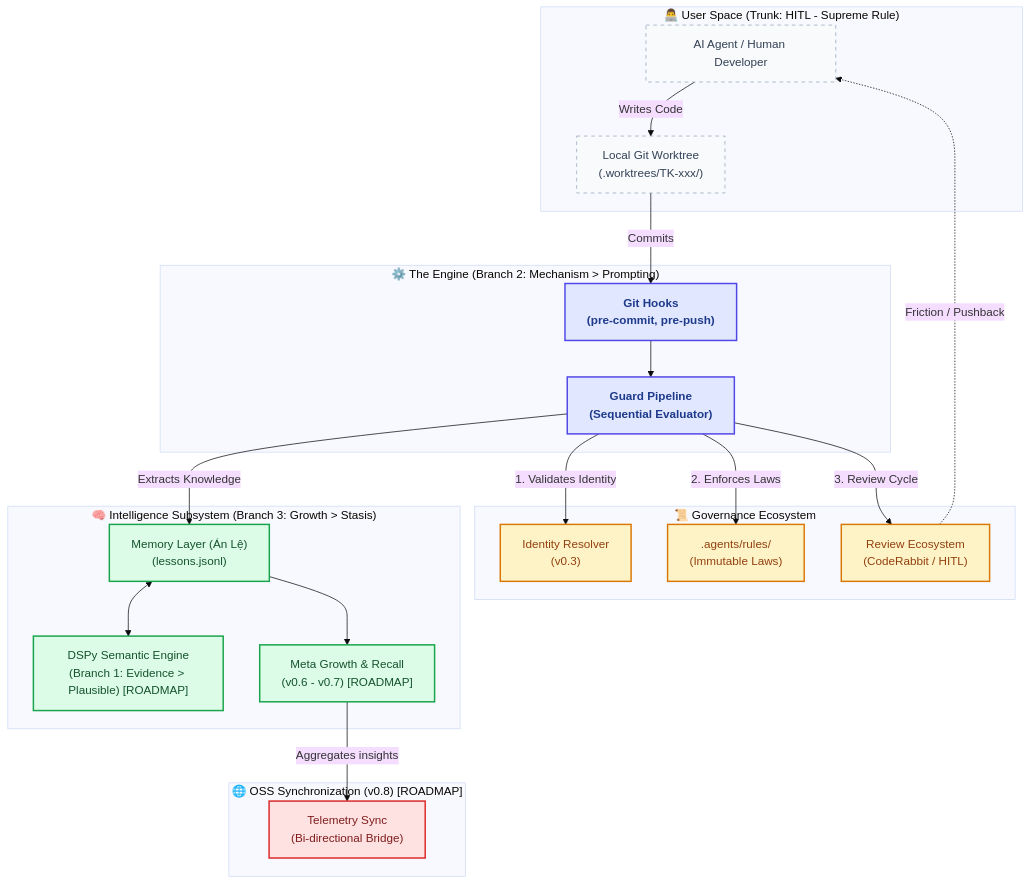
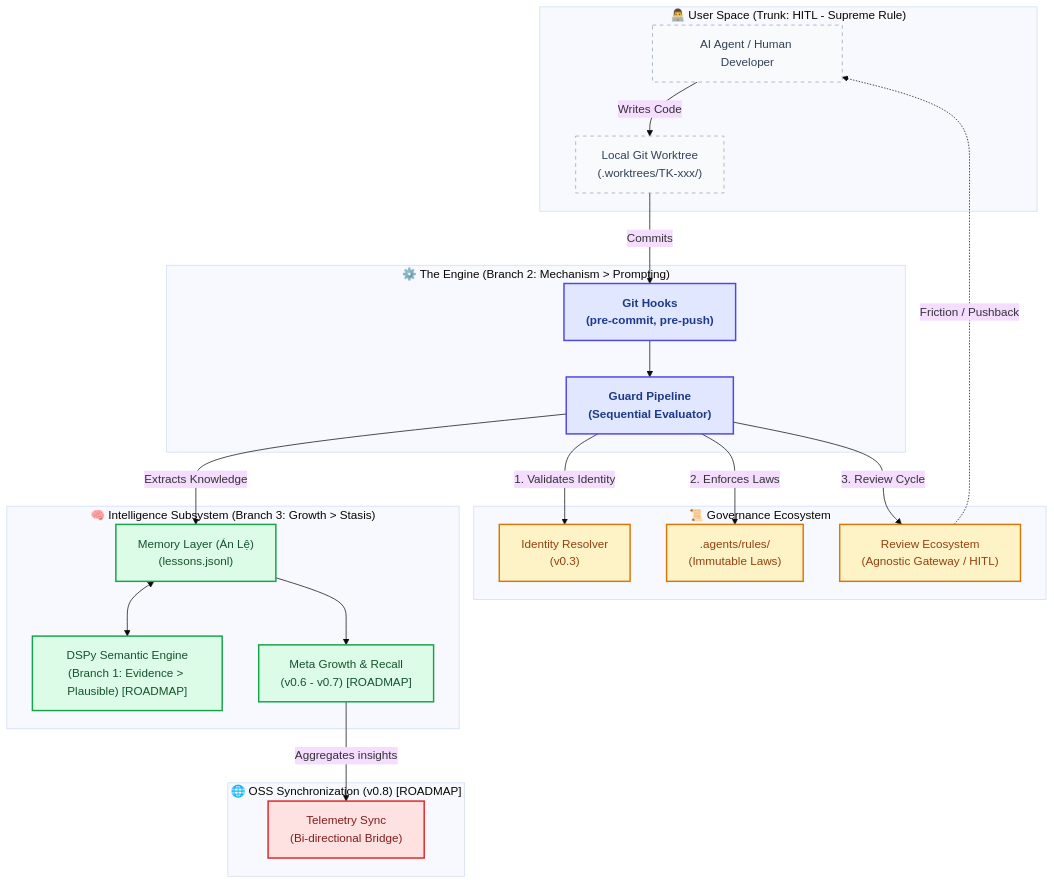
One commit to tamld/defense-in-depth changed the first of 2 diagrams in docs/vision/system-blueprint.md. Above: the diagram before and after it, drawn with Mermaid (base theme). The commit also changed 5 other files, not shown here.

Commit message:
chore(docs): decouple CodeRabbit from DiD architecture

````diff
--- a/docs/vision/system-blueprint.md
+++ b/docs/vision/system-blueprint.md
@@ -13,53 +13,53 @@
 ```mermaid
 flowchart TD
     %% Define Styles
     classDef external fill:#f8fafc,stroke:#94a3b8,stroke-dasharray: 5 5,color:#334155;
     classDef core fill:#e0e7ff,stroke:#4f46e5,stroke-width:2px,color:#1e3a8a,font-weight:bold;
     classDef config fill:#fef3c7,stroke:#d97706,stroke-width:2px,color:#92400e;
     classDef mem fill:#dcfce7,stroke:#16a34a,stroke-width:2px,color:#14532d;
     classDef sync fill:#fee2e2,stroke:#dc2626,stroke-width:2px,color:#7f1d1d;
 
     subgraph UserSpace ["👨‍💻 User Space (Trunk: HITL - Supreme Rule)"]
         ACTOR["AI Agent / Human Developer"]:::external
         WORKSPACE["Local Git Worktree<br/>(.worktrees/TK-xxx/)"]:::external
     end
 
     subgraph CoreEngine ["⚙️ The Engine (Branch 2: Mechanism > Prompting)"]
         HOOK["Git Hooks<br/>(pre-commit, pre-push)"]:::core
         GUARDS["Guard Pipeline<br/>(Sequential Evaluator)"]:::core
         
         HOOK --> GUARDS
     end
 
     subgraph RuntimeConfig ["📜 Governance Ecosystem"]
         IDENTITY["Identity Resolver<br/>(v0.3)"]:::config
         RULES[".agents/rules/<br/>(Immutable Laws)"]:::config
-        ECOSYSTEM["Review Ecosystem<br/>(CodeRabbit / HITL)"]:::config
+        ECOSYSTEM["Review Ecosystem<br/>(Agnostic Gateway / HITL)"]:::config
     end
 
     subgraph MemoryIntelligence ["🧠 Intelligence Subsystem (Branch 3: Growth > Stasis)"]
         MEMORY["Memory Layer (Án Lệ)<br/>(lessons.jsonl)"]:::mem
         DSPY["DSPy Semantic Engine<br/>(Branch 1: Evidence > Plausible) [ROADMAP]"]:::mem
         METRICS["Meta Growth & Recall<br/>(v0.6 - v0.7) [ROADMAP]"]:::mem
         
         MEMORY <--> DSPY
         MEMORY --> METRICS
     end
 
     subgraph Telemetry ["🌐 OSS Synchronization (v0.8) [ROADMAP]"]
         SYNC["Telemetry Sync<br/>(Bi-directional Bridge)"]:::sync
     end
 
     %% Wiring it up
     ACTOR -->|Writes Code| WORKSPACE
     WORKSPACE -->|Commits| HOOK
     
     GUARDS -->|1. Validates Identity| IDENTITY
     GUARDS -->|2. Enforces Laws| RULES
     GUARDS -->|3. Review Cycle| ECOSYSTEM
     
     ECOSYSTEM -.->|Friction / Pushback| ACTOR
 
     GUARDS -->|Extracts Knowledge| MEMORY
     METRICS -->|Aggregates insights| SYNC
 ```
````
